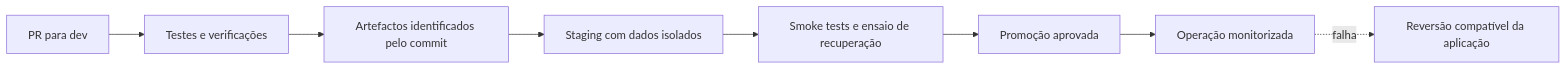
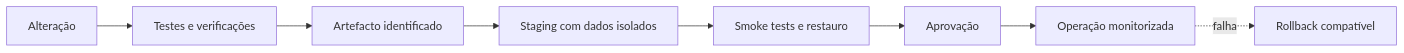
One commit to iseg-pg-ai/gpaimlp_5ed_grupo4 changed the diagram in docs/OPERATIONS.md. Above: the diagram before and after it, drawn with Mermaid. The commit also changed other lines of this file and 14 other files, not shown here.

````diff
--- a/docs/OPERATIONS.md
+++ b/docs/OPERATIONS.md
@@ -210,10 +113,10 @@
 ```mermaid
 flowchart LR
-    PR[PR para dev] --> CI[Testes e verificações]
-    CI --> IMG[Artefactos identificados pelo commit]
-    IMG --> ST[Staging com dados isolados]
-    ST --> SM[Smoke tests e ensaio de recuperação]
-    SM --> AP[Promoção aprovada]
+    PR[Alteração] --> CI[Testes e verificações]
+    CI --> ART[Artefacto identificado]
+    ART --> ST[Staging com dados isolados]
+    ST --> SM[Smoke tests e restauro]
+    SM --> AP[Aprovação]
     AP --> OP[Operação monitorizada]
-    OP -. falha .-> RB[Reversão compatível da aplicação]
+    OP -. falha .-> RB[Rollback compatível]
 ```
````
